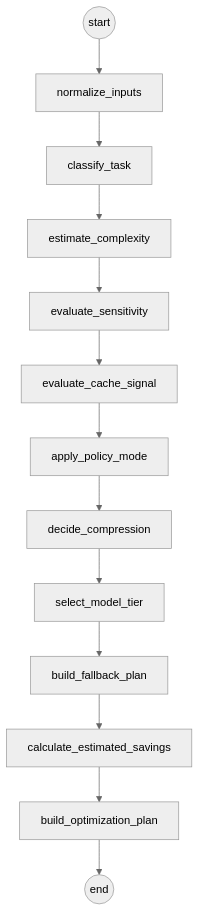
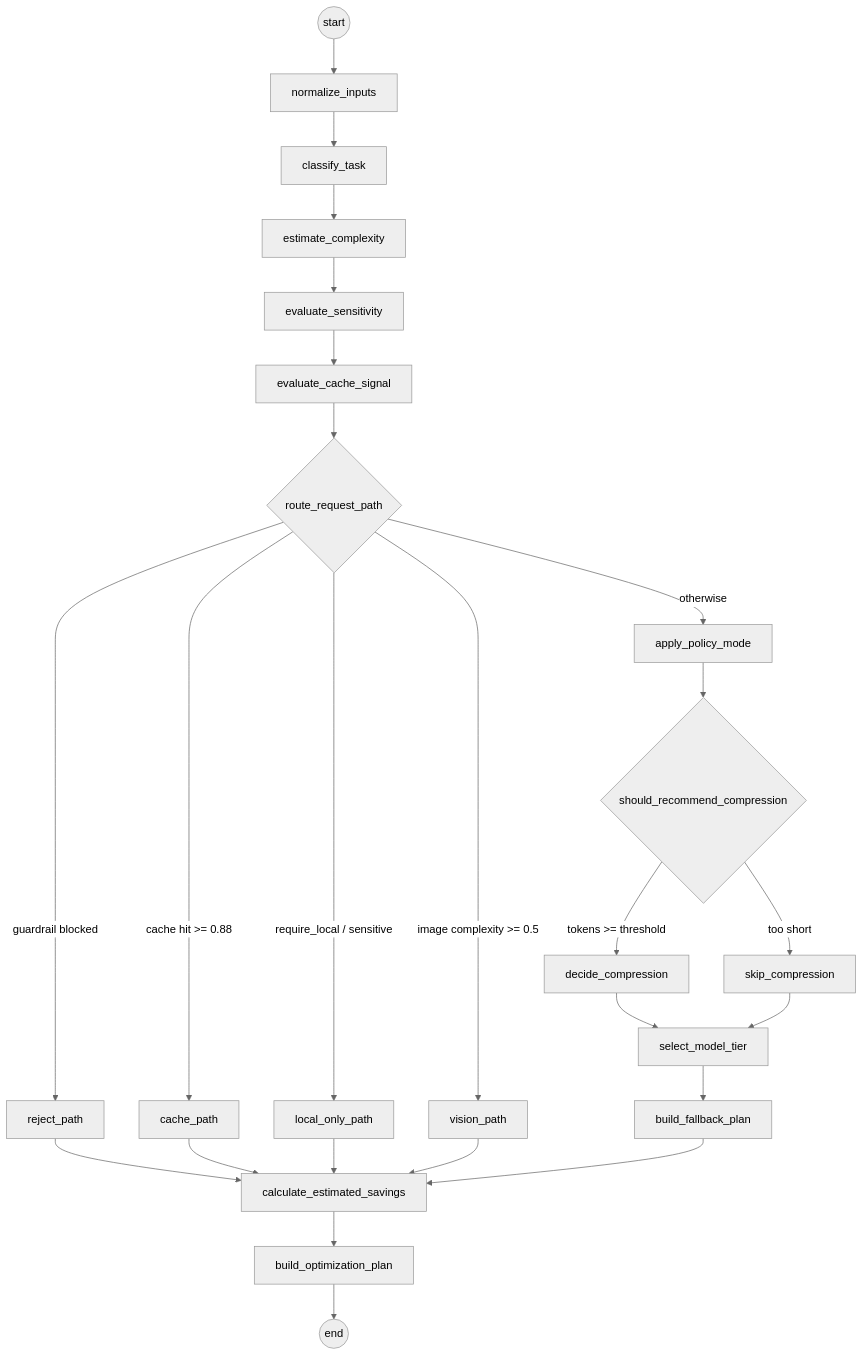
One commit to tomeryoel/tokenwise changed the third of 3 diagrams in docs/architecture.md. Above: the diagram before and after it, drawn with Mermaid (neutral theme). The commit also changed other lines of this file and 2 other files, not shown here.

````diff
--- a/docs/architecture.md
+++ b/docs/architecture.md
@@ -93,15 +96,30 @@
 ```mermaid
 flowchart TB
     START((start)) --> N1[normalize_inputs]
     N1 --> N2[classify_task]
     N2 --> N3[estimate_complexity]
     N3 --> N4[evaluate_sensitivity]
     N4 --> N5[evaluate_cache_signal]
-    N5 --> N6[apply_policy_mode]
-    N6 --> N7[decide_compression]
-    N7 --> N8[select_model_tier]
-    N8 --> N9[build_fallback_plan]
-    N9 --> N10[calculate_estimated_savings]
-    N10 --> N11[build_optimization_plan]
-    N11 --> E((end))
+    N5 --> R{route_request_path}
+
+    R -->|guardrail blocked| RJ[reject_path]
+    R -->|cache hit >= 0.88| CA[cache_path]
+    R -->|require_local / sensitive| LO[local_only_path]
+    R -->|image complexity >= 0.5| VI[vision_path]
+    R -->|otherwise| PM[apply_policy_mode]
+
+    PM --> C{should_recommend_compression}
+    C -->|tokens >= threshold| DC[decide_compression]
+    C -->|too short| SC[skip_compression]
+    DC --> ST[select_model_tier]
+    SC --> ST
+    ST --> FB[build_fallback_plan]
+
+    RJ --> CS[calculate_estimated_savings]
+    CA --> CS
+    LO --> CS
+    VI --> CS
+    FB --> CS
+    CS --> BP[build_optimization_plan]
+    BP --> E((end))
 ```
````
